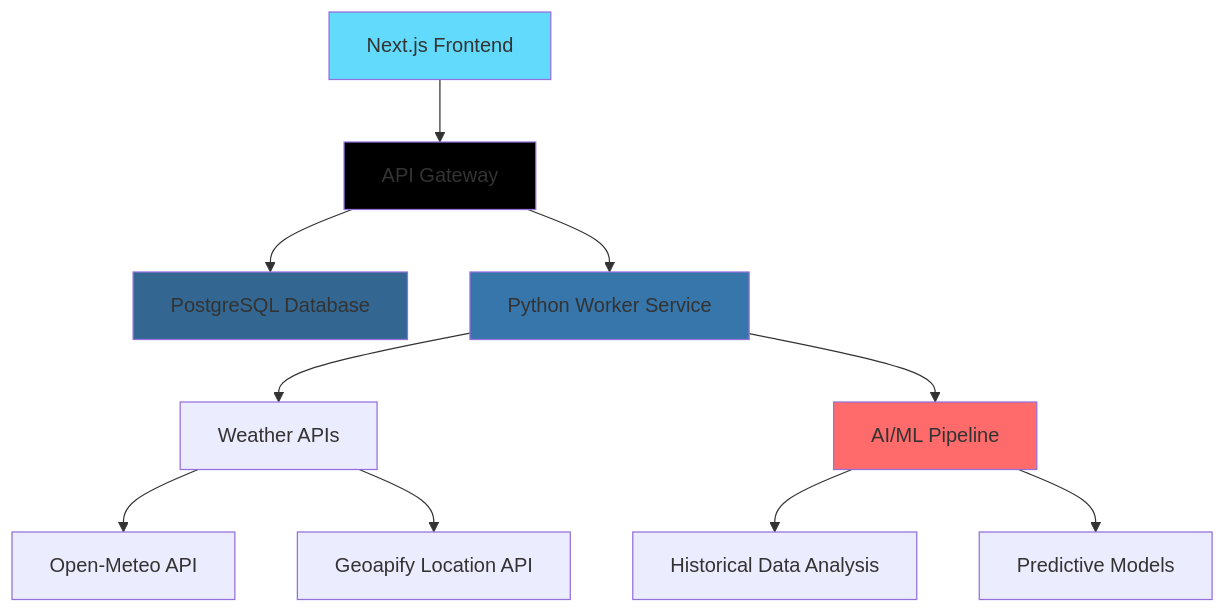
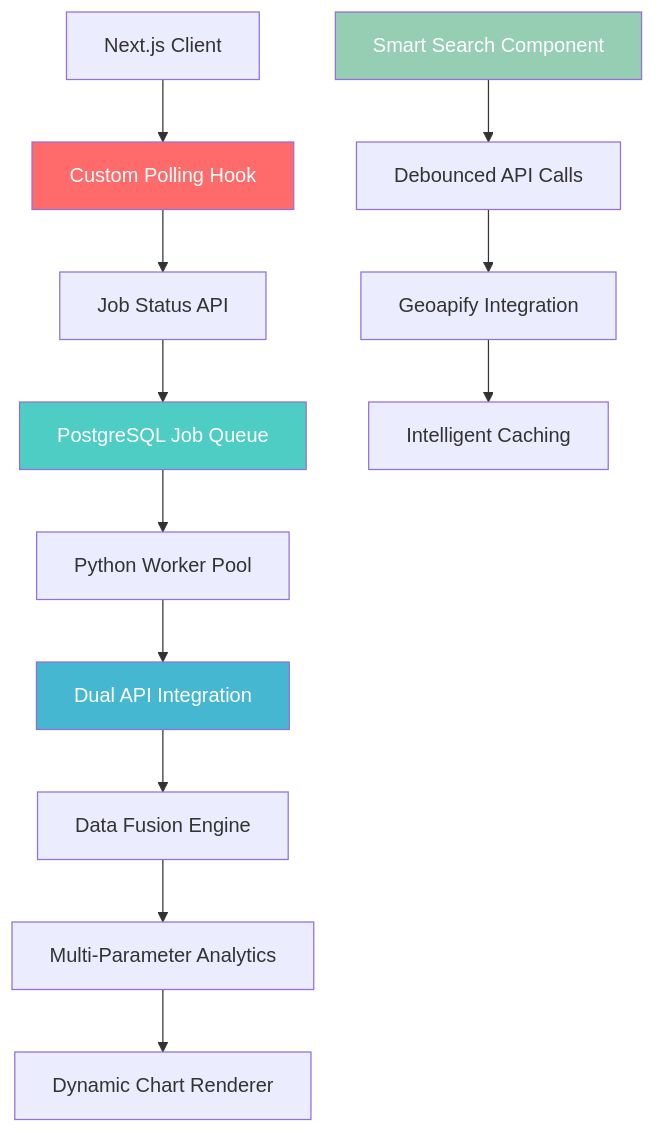
One commit to AbhinavCoder-14/AeroCast changed the diagram in README.md. Above: the diagram before and after it, drawn with Mermaid. The commit also changed other lines of this file, not shown here.

````diff
--- a/README.md
+++ b/README.md
@@ -37,18 +34,20 @@
 ```mermaid
 graph TB
-    A[Next.js Frontend] --> B[API Gateway]
-    B --> C[PostgreSQL Database]
-    B --> D[Python Worker Service]
-    D --> E[Weather APIs]
-    D --> F[AI/ML Pipeline]
-    F --> G[Historical Data Analysis]
-    F --> H[Predictive Models]
-    E --> I[Open-Meteo API]
-    E --> J[Geoapify Location API]
+    A[Next.js Client] --> B[Custom Polling Hook]
+    B --> C[Job Status API]
+    C --> D[PostgreSQL Job Queue]
+    D --> E[Python Worker Pool]
+    E --> F[Dual API Integration]
+    F --> G[Data Fusion Engine]
+    G --> H[Multi-Parameter Analytics]
+    H --> I[Dynamic Chart Renderer]
     
-    style A fill:#61dafb
-    style B fill:#000000
-    style C fill:#336791
-    style D fill:#3776ab
-    style F fill:#ff6b6b
+    J[Smart Search Component] --> K[Debounced API Calls]
+    K --> L[Geoapify Integration]
+    L --> M[Intelligent Caching]
+    
+    style B fill:#ff6b6b,color:#fff
+    style D fill:#4ecdc4,color:#fff
+    style F fill:#45b7d1,color:#fff
+    style J fill:#96ceb4,color:#fff
 ```
````
